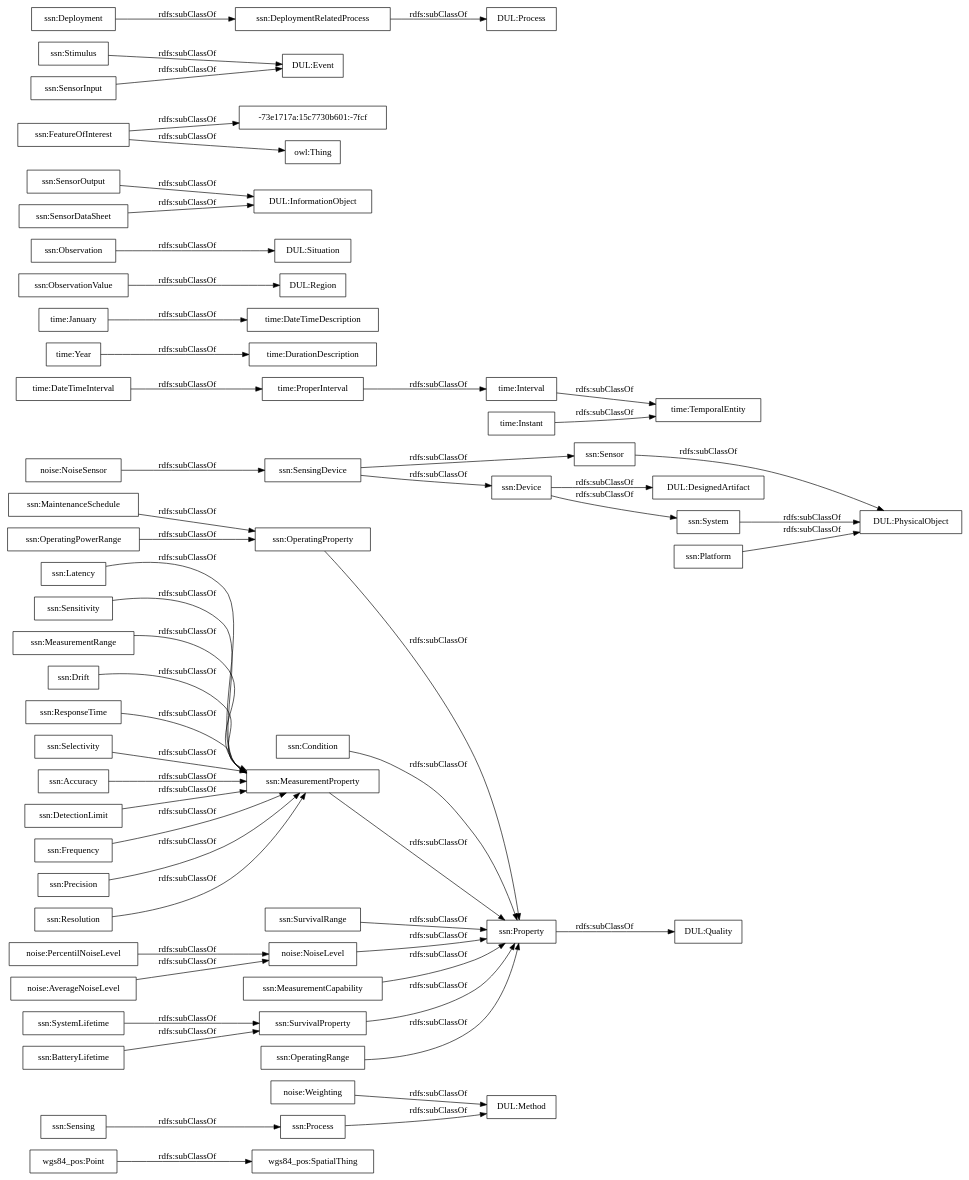
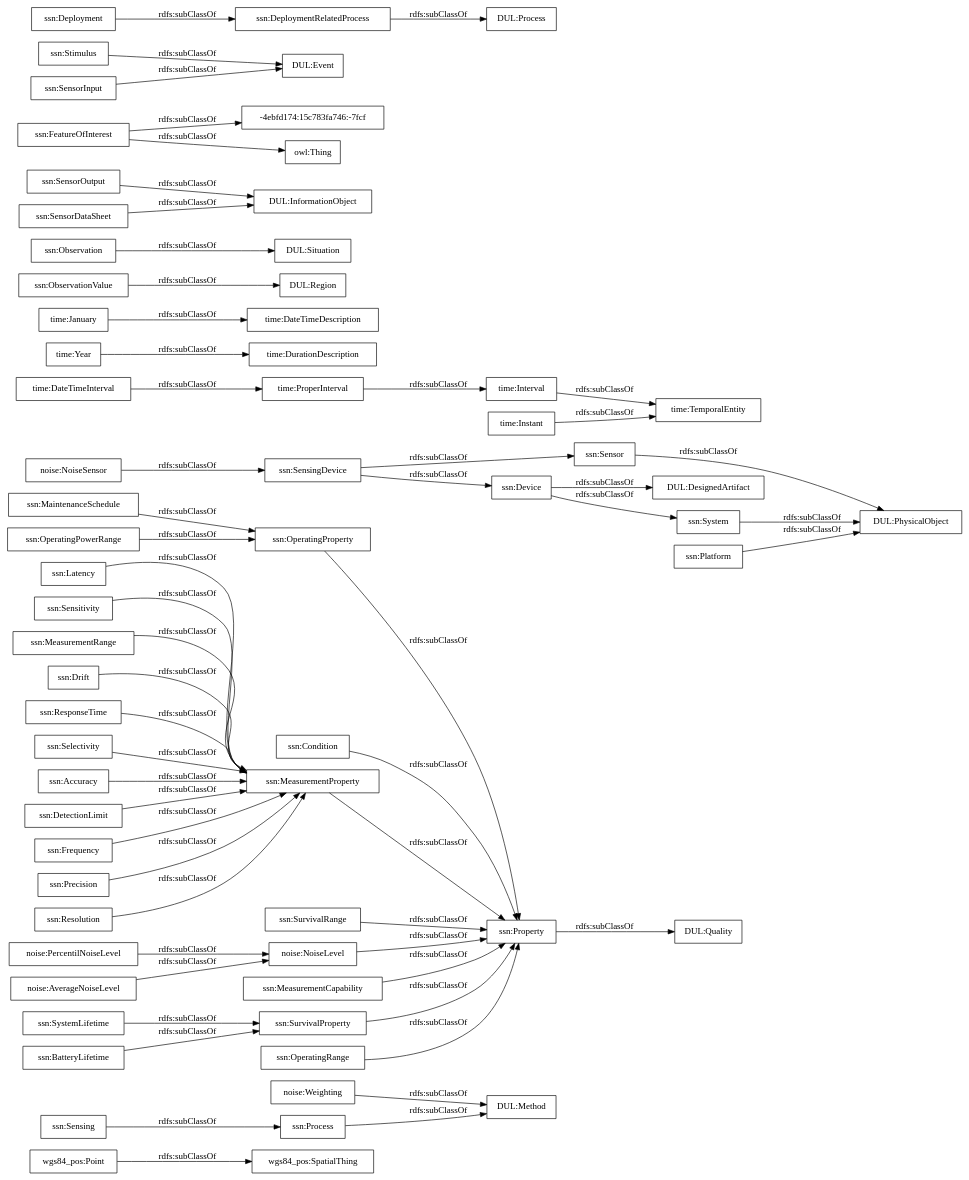
The diagram in OnToology/contaminacion-acustica.owl/diagrams/ar2dtool-taxonomy/contaminacion-acustica.owl.png.dot (opencitydata/vocab-medio-ambiente-contaminacion-acustica), drawn with Graphviz before and after one commit. The commit also changed 1 other file, not shown here.

```diff
--- a/OnToology/contaminacion-acustica.owl/diagrams/ar2dtool-taxonomy/contaminacion-acustica.owl.png.dot
+++ b/OnToology/contaminacion-acustica.owl/diagrams/ar2dtool-taxonomy/contaminacion-acustica.owl.png.dot
@@ -1,60 +1,60 @@
 digraph ar2dtool_diagram { 
 rankdir=LR;
 size="1000"
-node [shape = rectangle, color="black"]; "wgs84_pos:SpatialThing" "wgs84_pos:Point" "noise:Weighting" "noise:PercentilNoiseLevel" "noise:NoiseSensor" "noise:NoiseLevel" "noise:AverageNoiseLevel" "time:DateTimeInterval" "time:DurationDescription" "time:January" "time:ProperInterval" "time:Interval" "time:TemporalEntity" "time:Year" "time:DateTimeDescription" "time:Instant" "ssn:Accuracy" "ssn:DetectionLimit" "ssn:Frequency" "ssn:Condition" "DUL:Region" "DUL:Situation" "DUL:PhysicalObject" "ssn:SensorOutput" "ssn:Precision" "ssn:Resolution" "DUL:Quality" "ssn:FeatureOfInterest" "ssn:Sensor" "DUL:InformationObject" "ssn:OperatingProperty" "DUL:Event" "ssn:OperatingPowerRange" "DUL:Method" "ssn:MaintenanceSchedule" "ssn:Sensing" "ssn:Latency" "ssn:SurvivalRange" "ssn:SensingDevice" "DUL:DesignedArtifact" "ssn:Sensitivity" "ssn:Stimulus" "-73e1717a:15c7730b601:-7fcf" "DUL:Process" "ssn:MeasurementRange" "ssn:System" "ssn:SystemLifetime" "ssn:Property" "ssn:MeasurementProperty" "ssn:Process" "ssn:Deployment" "ssn:MeasurementCapability" "ssn:BatteryLifetime" "ssn:Drift" "ssn:DeploymentRelatedProcess" "ssn:SensorInput" "ssn:ResponseTime" "ssn:ObservationValue" "ssn:SensorDataSheet" "ssn:Observation" "ssn:Selectivity" "ssn:SurvivalProperty" "ssn:Device" "ssn:OperatingRange" "ssn:Platform" ; /*classes style*/
+node [shape = rectangle, color="black"]; "wgs84_pos:SpatialThing" "wgs84_pos:Point" "noise:Weighting" "noise:PercentilNoiseLevel" "noise:NoiseSensor" "noise:NoiseLevel" "noise:AverageNoiseLevel" "time:DateTimeInterval" "time:DurationDescription" "time:January" "time:ProperInterval" "time:Interval" "time:TemporalEntity" "time:Year" "time:DateTimeDescription" "time:Instant" "ssn:Accuracy" "ssn:DetectionLimit" "ssn:Frequency" "ssn:Condition" "DUL:Region" "DUL:Situation" "DUL:PhysicalObject" "ssn:SensorOutput" "ssn:Precision" "ssn:Resolution" "DUL:Quality" "ssn:FeatureOfInterest" "ssn:Sensor" "DUL:InformationObject" "ssn:OperatingProperty" "DUL:Event" "ssn:OperatingPowerRange" "DUL:Method" "ssn:MaintenanceSchedule" "ssn:Sensing" "ssn:Latency" "ssn:SurvivalRange" "ssn:SensingDevice" "DUL:DesignedArtifact" "ssn:Sensitivity" "ssn:Stimulus" "DUL:Process" "ssn:MeasurementRange" "ssn:System" "ssn:SystemLifetime" "ssn:Property" "ssn:MeasurementProperty" "-4ebfd174:15c783fa746:-7fcf" "ssn:Process" "ssn:Deployment" "ssn:MeasurementCapability" "ssn:BatteryLifetime" "ssn:Drift" "ssn:DeploymentRelatedProcess" "ssn:SensorInput" "ssn:ResponseTime" "ssn:ObservationValue" "ssn:SensorDataSheet" "ssn:Observation" "ssn:Selectivity" "ssn:SurvivalProperty" "ssn:Device" "ssn:OperatingRange" "ssn:Platform" ; /*classes style*/
 	"noise:AverageNoiseLevel" -> "noise:NoiseLevel" [ label = "rdfs:subClassOf" ];
 	"ssn:Deployment" -> "ssn:DeploymentRelatedProcess" [ label = "rdfs:subClassOf" ];
 	"ssn:SensingDevice" -> "ssn:Sensor" [ label = "rdfs:subClassOf" ];
 	"ssn:SensingDevice" -> "ssn:Device" [ label = "rdfs:subClassOf" ];
 	"ssn:DeploymentRelatedProcess" -> "DUL:Process" [ label = "rdfs:subClassOf" ];
 	"ssn:Accuracy" -> "ssn:MeasurementProperty" [ label = "rdfs:subClassOf" ];
 	"time:Instant" -> "time:TemporalEntity" [ label = "rdfs:subClassOf" ];
 	"ssn:FeatureOfInterest" -> "owl:Thing" [ label = "rdfs:subClassOf" ];
-	"ssn:FeatureOfInterest" -> "-73e1717a:15c7730b601:-7fcf" [ label = "rdfs:subClassOf" ];
+	"ssn:FeatureOfInterest" -> "-4ebfd174:15c783fa746:-7fcf" [ label = "rdfs:subClassOf" ];
 	"ssn:Latency" -> "ssn:MeasurementProperty" [ label = "rdfs:subClassOf" ];
 	"ssn:Process" -> "DUL:Method" [ label = "rdfs:subClassOf" ];
 	"noise:Weighting" -> "DUL:Method" [ label = "rdfs:subClassOf" ];
 	"time:ProperInterval" -> "time:Interval" [ label = "rdfs:subClassOf" ];
 	"ssn:Property" -> "DUL:Quality" [ label = "rdfs:subClassOf" ];
 	"ssn:MeasurementProperty" -> "ssn:Property" [ label = "rdfs:subClassOf" ];
 	"wgs84_pos:Point" -> "wgs84_pos:SpatialThing" [ label = "rdfs:subClassOf" ];
 	"ssn:ResponseTime" -> "ssn:MeasurementProperty" [ label = "rdfs:subClassOf" ];
 	"ssn:OperatingRange" -> "ssn:Property" [ label = "rdfs:subClassOf" ];
 	"noise:NoiseLevel" -> "ssn:Property" [ label = "rdfs:subClassOf" ];
 	"ssn:MeasurementRange" -> "ssn:MeasurementProperty" [ label = "rdfs:subClassOf" ];
 	"ssn:Stimulus" -> "DUL:Event" [ label = "rdfs:subClassOf" ];
 	"ssn:SurvivalProperty" -> "ssn:Property" [ label = "rdfs:subClassOf" ];
 	"ssn:MaintenanceSchedule" -> "ssn:OperatingProperty" [ label = "rdfs:subClassOf" ];
 	"ssn:SensorInput" -> "DUL:Event" [ label = "rdfs:subClassOf" ];
 	"ssn:Sensitivity" -> "ssn:MeasurementProperty" [ label = "rdfs:subClassOf" ];
 	"ssn:Drift" -> "ssn:MeasurementProperty" [ label = "rdfs:subClassOf" ];
 	"ssn:System" -> "DUL:PhysicalObject" [ label = "rdfs:subClassOf" ];
 	"ssn:Resolution" -> "ssn:MeasurementProperty" [ label = "rdfs:subClassOf" ];
 	"ssn:Precision" -> "ssn:MeasurementProperty" [ label = "rdfs:subClassOf" ];
 	"noise:PercentilNoiseLevel" -> "noise:NoiseLevel" [ label = "rdfs:subClassOf" ];
 	"ssn:DetectionLimit" -> "ssn:MeasurementProperty" [ label = "rdfs:subClassOf" ];
 	"time:DateTimeInterval" -> "time:ProperInterval" [ label = "rdfs:subClassOf" ];
 	"ssn:Sensor" -> "DUL:PhysicalObject" [ label = "rdfs:subClassOf" ];
 	"ssn:SensorDataSheet" -> "DUL:InformationObject" [ label = "rdfs:subClassOf" ];
 	"ssn:OperatingPowerRange" -> "ssn:OperatingProperty" [ label = "rdfs:subClassOf" ];
 	"time:Interval" -> "time:TemporalEntity" [ label = "rdfs:subClassOf" ];
 	"noise:NoiseSensor" -> "ssn:SensingDevice" [ label = "rdfs:subClassOf" ];
 	"time:January" -> "time:DateTimeDescription" [ label = "rdfs:subClassOf" ];
 	"ssn:ObservationValue" -> "DUL:Region" [ label = "rdfs:subClassOf" ];
 	"ssn:Device" -> "DUL:DesignedArtifact" [ label = "rdfs:subClassOf" ];
 	"ssn:Device" -> "ssn:System" [ label = "rdfs:subClassOf" ];
 	"ssn:Platform" -> "DUL:PhysicalObject" [ label = "rdfs:subClassOf" ];
 	"time:Year" -> "time:DurationDescription" [ label = "rdfs:subClassOf" ];
 	"ssn:OperatingProperty" -> "ssn:Property" [ label = "rdfs:subClassOf" ];
 	"ssn:Selectivity" -> "ssn:MeasurementProperty" [ label = "rdfs:subClassOf" ];
 	"ssn:BatteryLifetime" -> "ssn:SurvivalProperty" [ label = "rdfs:subClassOf" ];
 	"ssn:Observation" -> "DUL:Situation" [ label = "rdfs:subClassOf" ];
 	"ssn:Sensing" -> "ssn:Process" [ label = "rdfs:subClassOf" ];
 	"ssn:SystemLifetime" -> "ssn:SurvivalProperty" [ label = "rdfs:subClassOf" ];
 	"ssn:SurvivalRange" -> "ssn:Property" [ label = "rdfs:subClassOf" ];
 	"ssn:Frequency" -> "ssn:MeasurementProperty" [ label = "rdfs:subClassOf" ];
 	"ssn:SensorOutput" -> "DUL:InformationObject" [ label = "rdfs:subClassOf" ];
 	"ssn:Condition" -> "ssn:Property" [ label = "rdfs:subClassOf" ];
 	"ssn:MeasurementCapability" -> "ssn:Property" [ label = "rdfs:subClassOf" ];
 
 }
```
